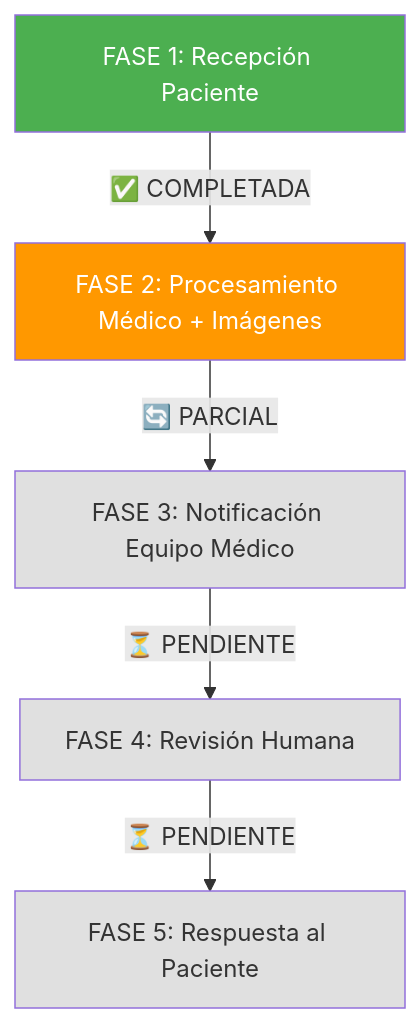
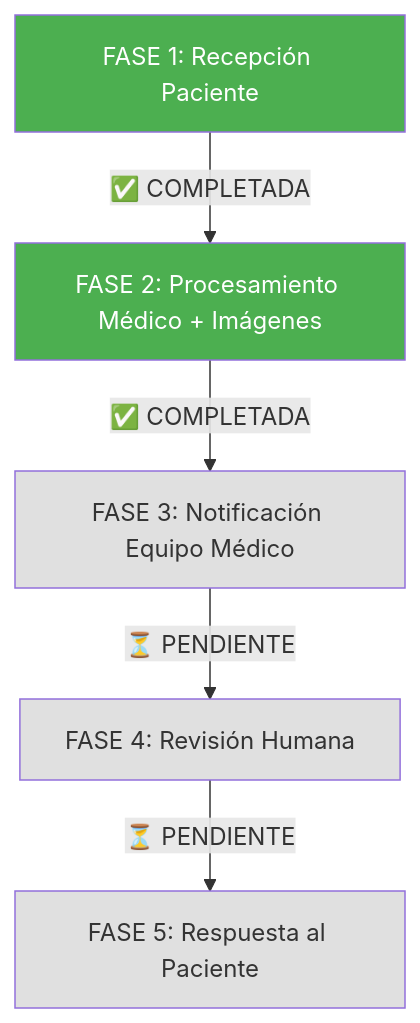
The diagram in BRUCE_WAYNE_PHASE_REVIEW.md (AutonomosCdM/vigia), drawn with Mermaid before and after one commit. The commit also changed other lines of this file and 7 other files, not shown here.

````diff
--- a/BRUCE_WAYNE_PHASE_REVIEW.md
+++ b/BRUCE_WAYNE_PHASE_REVIEW.md
@@ -18,13 +18,13 @@
 ```mermaid
 graph TD
     A[FASE 1: Recepción Paciente] -->|✅ COMPLETADA| B[FASE 2: Procesamiento Médico + Imágenes]
-    B -->|🔄 PARCIAL| C[FASE 3: Notificación Equipo Médico]
+    B -->|✅ COMPLETADA| C[FASE 3: Notificación Equipo Médico]
     C -->|⏳ PENDIENTE| D[FASE 4: Revisión Humana]
     D -->|⏳ PENDIENTE| E[FASE 5: Respuesta al Paciente]
     
     style A fill:#4caf50,color:#fff
-    style B fill:#ff9800,color:#fff
+    style B fill:#4caf50,color:#fff
     style C fill:#e0e0e0
     style D fill:#e0e0e0
     style E fill:#e0e0e0
 ```
````
